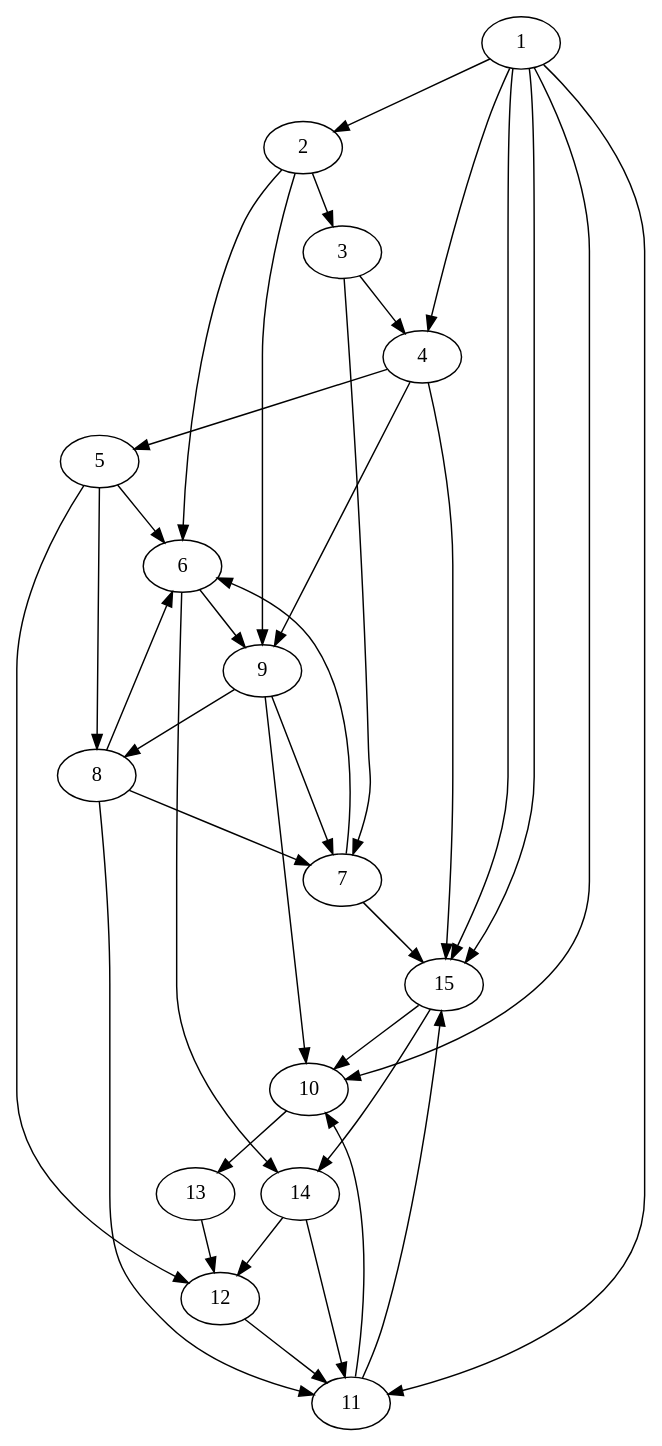
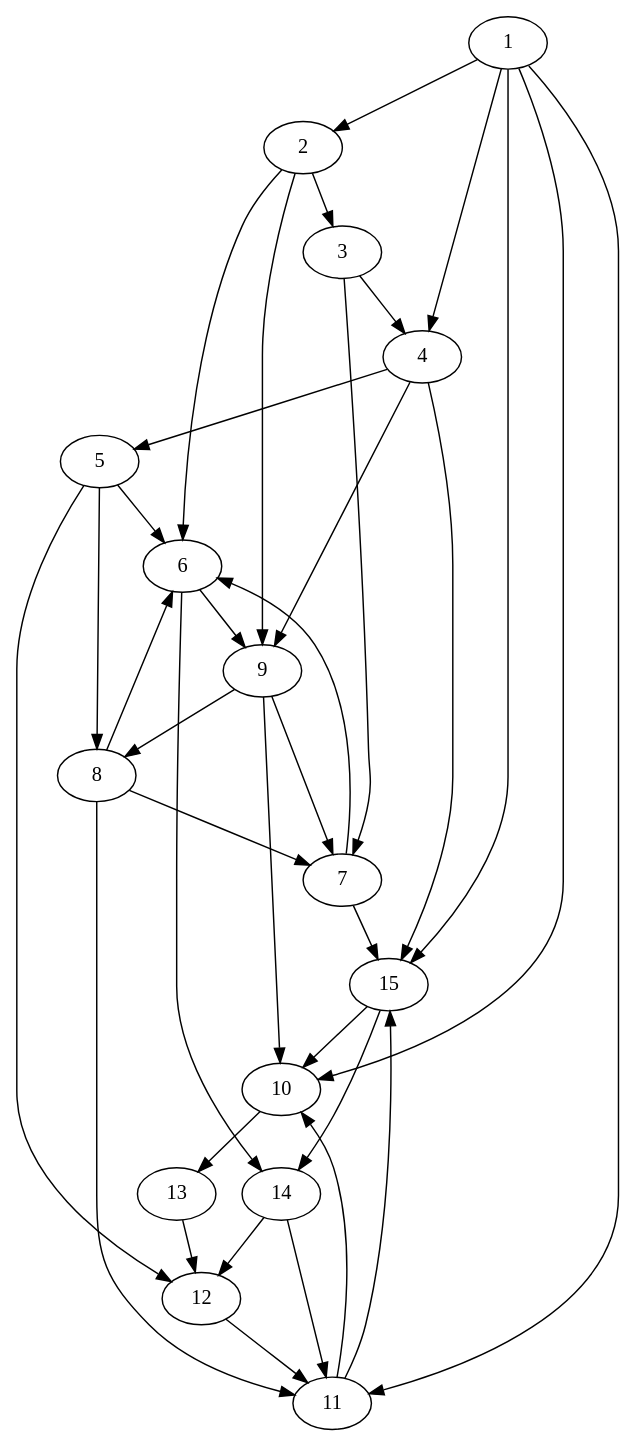
One commit to FadedGuy/Universidad changed the diagram in L3/graphes/tp1/init.dot. Above: the diagram before and after it, drawn with Graphviz.

```diff
--- a/L3/graphes/tp1/init.dot
+++ b/L3/graphes/tp1/init.dot
@@ -1,53 +1,52 @@
 digraph G {
 0[label=1];
 1[label=2];
 2[label=3];
 3[label=4];
 4[label=5];
 5[label=6];
 6[label=7];
 7[label=8];
 8[label=9];
 9[label=10];
 10[label=11];
 11[label=12];
 12[label=13];
 13[label=14];
 14[label=15];
 0->1 ;
 0->3 ;
 0->9 ;
 0->10 ;
-0->14 ;
 0->14 ;
 1->2 ;
 1->5 ;
 1->8 ;
 2->3 ;
 2->6 ;
 3->4 ;
 3->8 ;
 3->14 ;
 4->5 ;
 4->7 ;
 4->11 ;
 5->8 ;
 5->13 ;
 6->5 ;
 6->14 ;
 7->5 ;
 7->6 ;
 7->10 ;
 8->6 ;
 8->7 ;
 8->9 ;
 9->12 ;
 10->9 ;
 10->14 ;
 11->10 ;
 12->11 ;
 13->10 ;
 13->11 ;
 14->9 ;
 14->13 ;
 }
```
